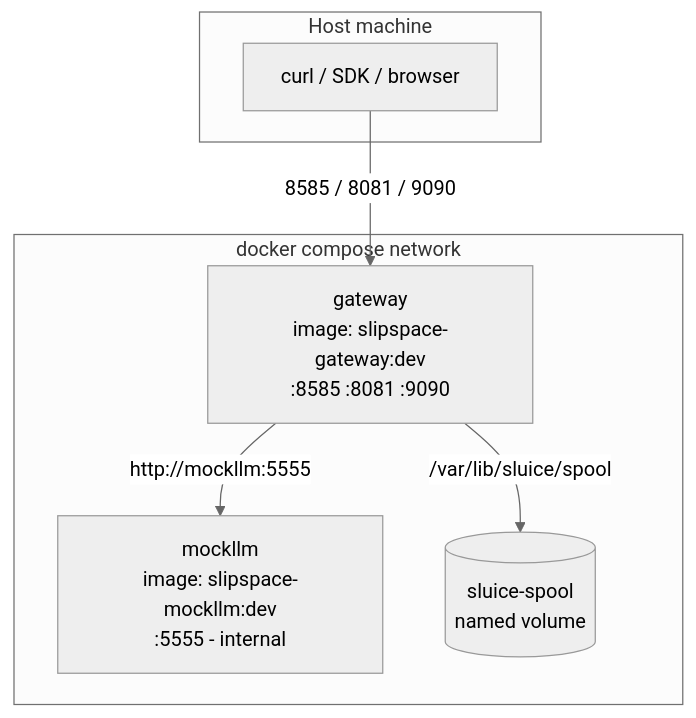
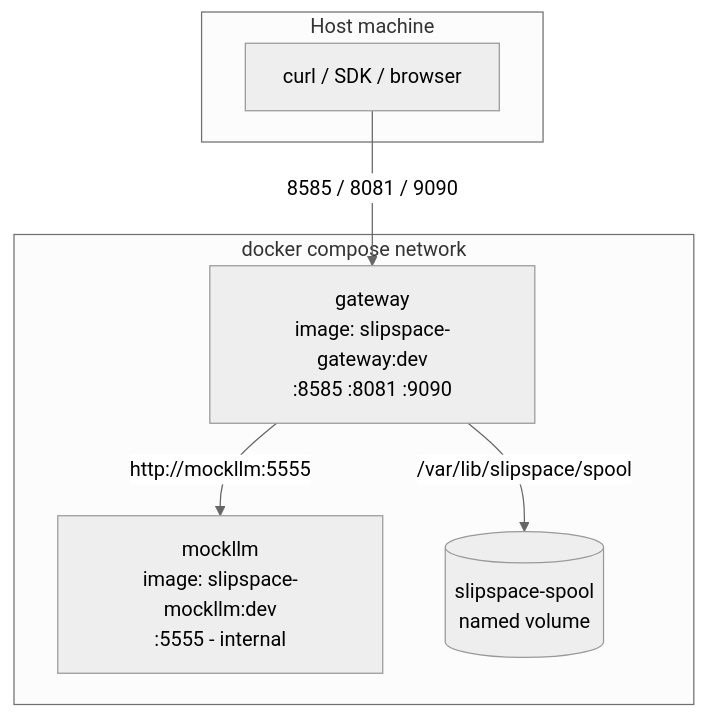
Before and after one commit to andyjmorgan/slipspace-gateway: the second of 3 diagrams in docs/local-development.md, drawn with Mermaid (neutral theme). The commit also changed other lines of this file and 212 other files, not shown here.

````diff
--- a/docs/local-development.md
+++ b/docs/local-development.md
@@ -77,14 +77,14 @@
 ```mermaid
 flowchart TB
     subgraph host[Host machine]
         Curl[curl / SDK / browser]
     end
     subgraph compose[docker compose network]
         GW[gateway<br/>image: slipspace-gateway:dev<br/>:8585 :8081 :9090]
         Mock[mockllm<br/>image: slipspace-mockllm:dev<br/>:5555 - internal]
-        Spool[(sluice-spool<br/>named volume)]
+        Spool[(slipspace-spool<br/>named volume)]
     end
     Curl -- "8585 / 8081 / 9090" --> GW
     GW -- "http://mockllm:5555" --> Mock
-    GW -- "/var/lib/sluice/spool" --> Spool
+    GW -- "/var/lib/slipspace/spool" --> Spool
 ```
````
